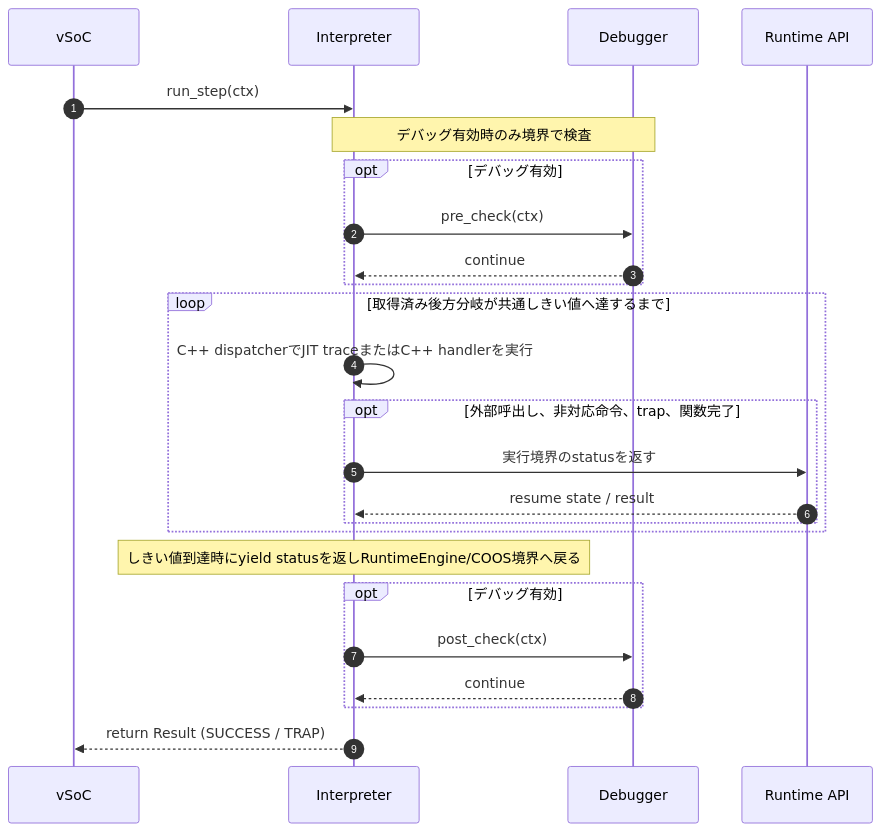
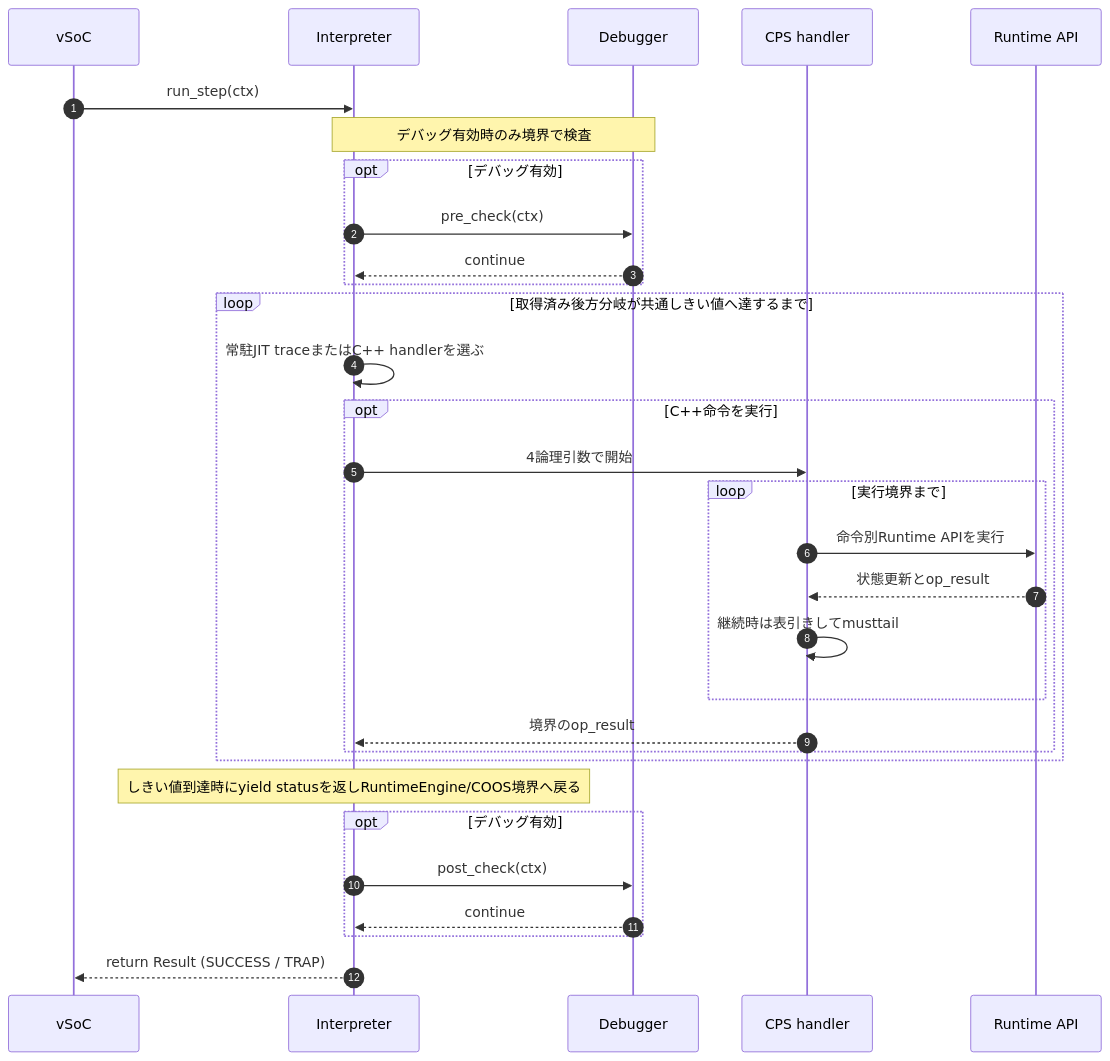
Before and after one commit to kmt-t/fireball: the fourth of 5 diagrams in docs/components/tier2_runtime/interpreter.md, drawn with Mermaid. The commit also changed other lines of this file and 9 other files, not shown here.

````diff
--- a/docs/components/tier2_runtime/interpreter.md
+++ b/docs/components/tier2_runtime/interpreter.md
@@ -361,28 +366,34 @@
 ```mermaid
 sequenceDiagram
     autonumber
     participant V as vSoC
     participant I as Interpreter
     participant D as Debugger
+    participant H as CPS handler
     participant R as Runtime API
 
     V->>I: run_step(ctx)
     Note over I,D: デバッグ有効時のみ境界で検査
     opt デバッグ有効
         I->>D: pre_check(ctx)
         D-->>I: continue
     end
     loop 取得済み後方分岐が共通しきい値へ達するまで
-        I->>I: C++ dispatcherでJIT traceまたはC++ handlerを実行
-        opt 外部呼出し、非対応命令、trap、関数完了
-            I->>R: 実行境界のstatusを返す
-            R-->>I: resume state / result
+        I->>I: 常駐JIT traceまたはC++ handlerを選ぶ
+        opt C++命令を実行
+            I->>H: 4論理引数で開始
+            loop 実行境界まで
+                H->>R: 命令別Runtime APIを実行
+                R-->>H: 状態更新とop_result
+                H->>H: 継続時は表引きしてmusttail
+            end
+            H-->>I: 境界のop_result
         end
     end
     Note over I: しきい値到達時にyield statusを返しRuntimeEngine/COOS境界へ戻る
     opt デバッグ有効
         I->>D: post_check(ctx)
         D-->>I: continue
     end
     I-->>V: return Result (SUCCESS / TRAP)
 ```
````
